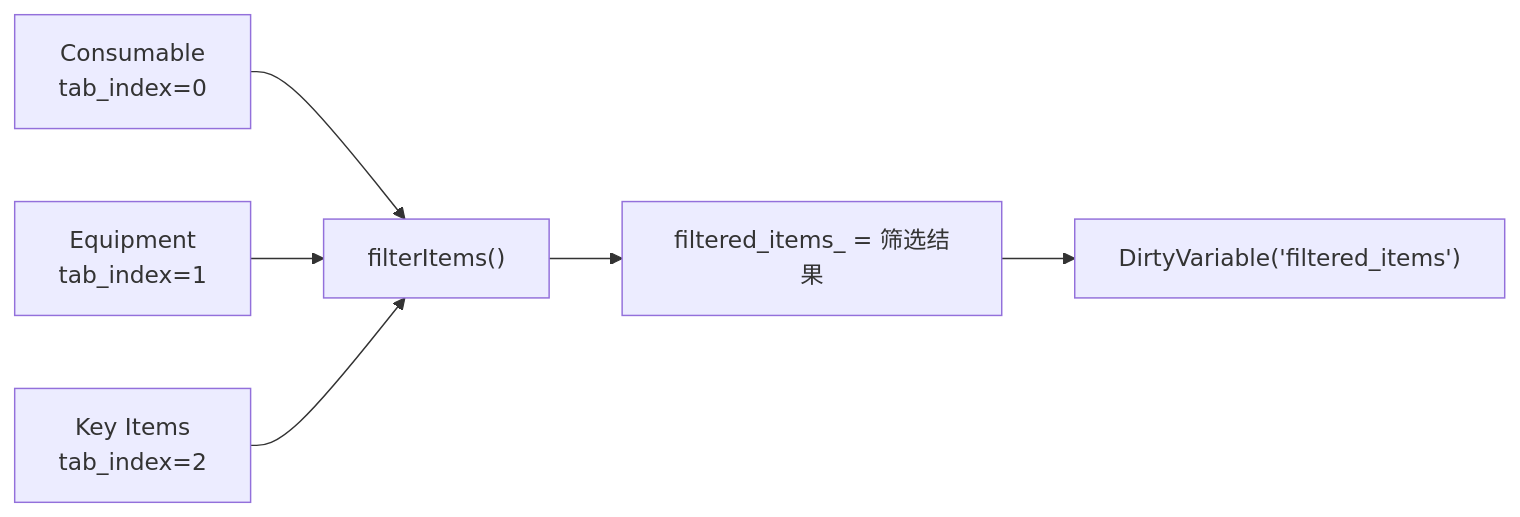
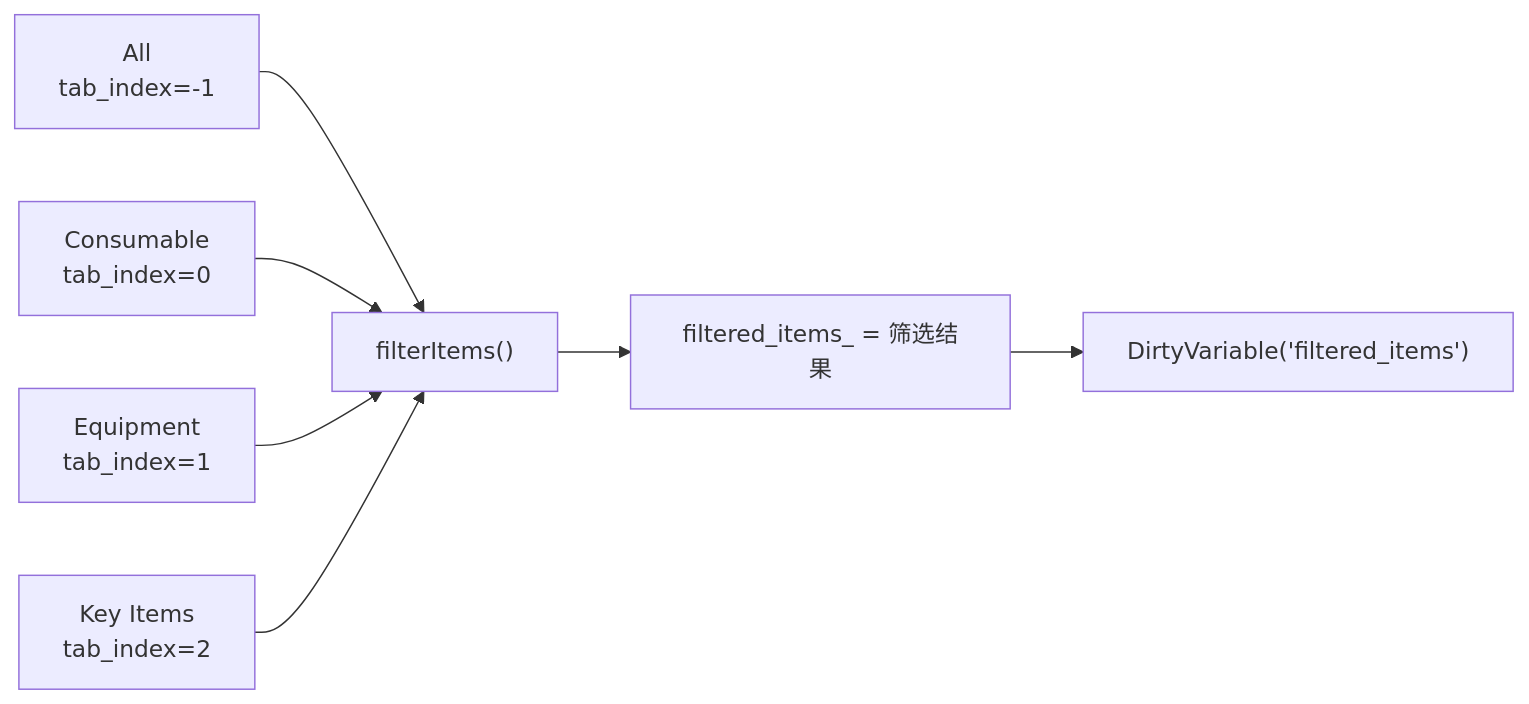
The fourth of 9 diagrams in learn/lectures/rmlui/L15-jrpg-inventory.md (WispSnow/TinyFarmRPG), drawn with Mermaid before and after one commit. The commit also changed other lines of this file and 5 other files, not shown here.

````diff
--- a/learn/lectures/rmlui/L15-jrpg-inventory.md
+++ b/learn/lectures/rmlui/L15-jrpg-inventory.md
@@ -178,8 +181,9 @@
 ```mermaid
 flowchart LR
-    TAB0["Consumable<br/>tab_index=0"] --> FILTER["filterItems()"]
+    TABA["All<br/>tab_index=-1"] --> FILTER["filterItems()"]
+    TAB0["Consumable<br/>tab_index=0"] --> FILTER
     TAB1["Equipment<br/>tab_index=1"] --> FILTER
     TAB2["Key Items<br/>tab_index=2"] --> FILTER
     FILTER --> UPDATE["filtered_items_ = 筛选结果"]
     UPDATE --> DIRTY["DirtyVariable('filtered_items')"]
 ```
````
